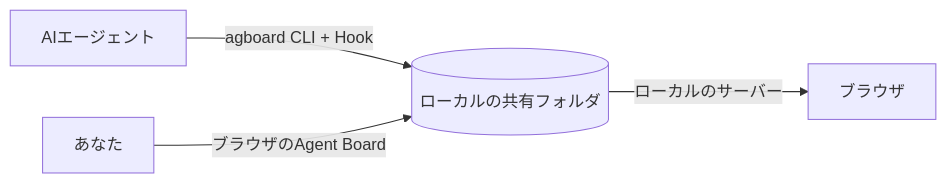
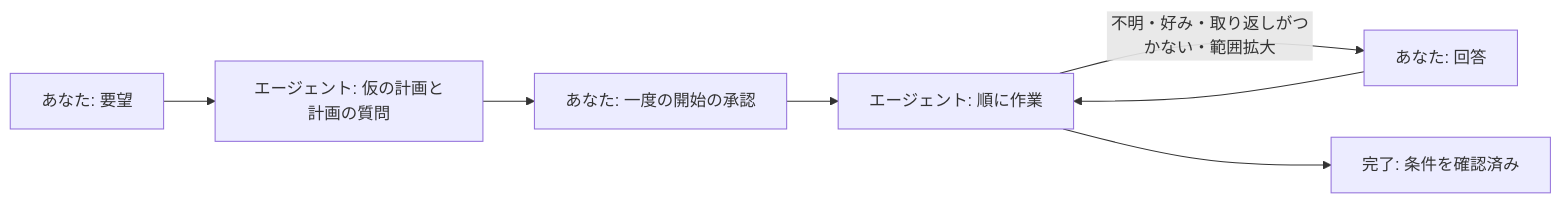
One commit to FooQoo/agent-board changed the diagram in docs/ja/guide/index.md. Above: the diagram before and after it, drawn with Mermaid. The commit also changed other lines of this file and 58 other files, not shown here.

````diff
--- a/docs/ja/guide/index.md
+++ b/docs/ja/guide/index.md
@@ -31,6 +45,9 @@
 ```mermaid
 flowchart LR
-    A["AIエージェント"] -- "agboard CLI + Hook" --> D[("ローカルの共有フォルダ")]
-    U["あなた"] -- "ブラウザのAgent Board" --> D
-    D -- "ローカルのサーバー" --> B["ブラウザ"]
+    R["あなた: 要望"] --> P["エージェント: 仮の計画と計画の質問"]
+    P --> A["あなた: 一度の開始の承認"]
+    A --> W["エージェント: 順に作業"]
+    W -- "不明・好み・取り返しがつかない・範囲拡大" --> Q["あなた: 回答"]
+    Q --> W
+    W --> D["完了: 条件を確認済み"]
 ```
````
